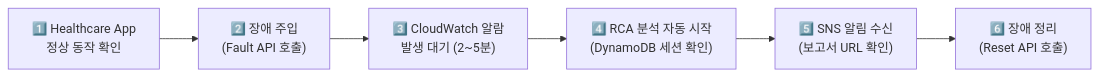
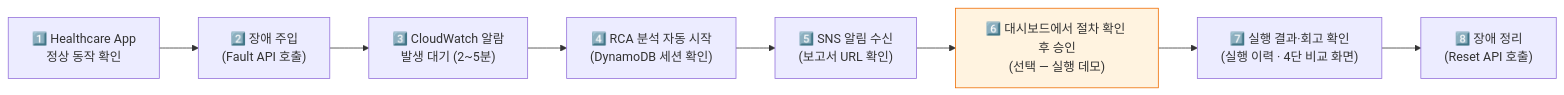
Diagram 25 of 25 in docs/system-guide-for-ops.md (haandol/rca-agent), drawn with Mermaid before and after one commit. The commit also changed other lines of this file and 7 other files, not shown here.

````diff
--- a/docs/system-guide-for-ops.md
+++ b/docs/system-guide-for-ops.md
@@ -1014,8 +1293,12 @@
 ```mermaid
 flowchart LR
     A["1️⃣ Healthcare App<br/>정상 동작 확인"] --> B["2️⃣ 장애 주입<br/>(Fault API 호출)"]
     B --> C["3️⃣ CloudWatch 알람<br/>발생 대기 (2~5분)"]
     C --> D["4️⃣ RCA 분석 자동 시작<br/>(DynamoDB 세션 확인)"]
     D --> E["5️⃣ SNS 알림 수신<br/>(보고서 URL 확인)"]
-    E --> F["6️⃣ 장애 정리<br/>(Reset API 호출)"]
+    E --> F["6️⃣ 대시보드에서 절차 확인 후 승인<br/>(선택 — 실행 데모)"]
+    F --> G["7️⃣ 실행 결과·회고 확인<br/>(실행 이력 · 4단 비교 화면)"]
+    G --> H["8️⃣ 장애 정리<br/>(Reset API 호출)"]
+
+    style F fill:#fff3e0,stroke:#ef6c00
 ```
````
